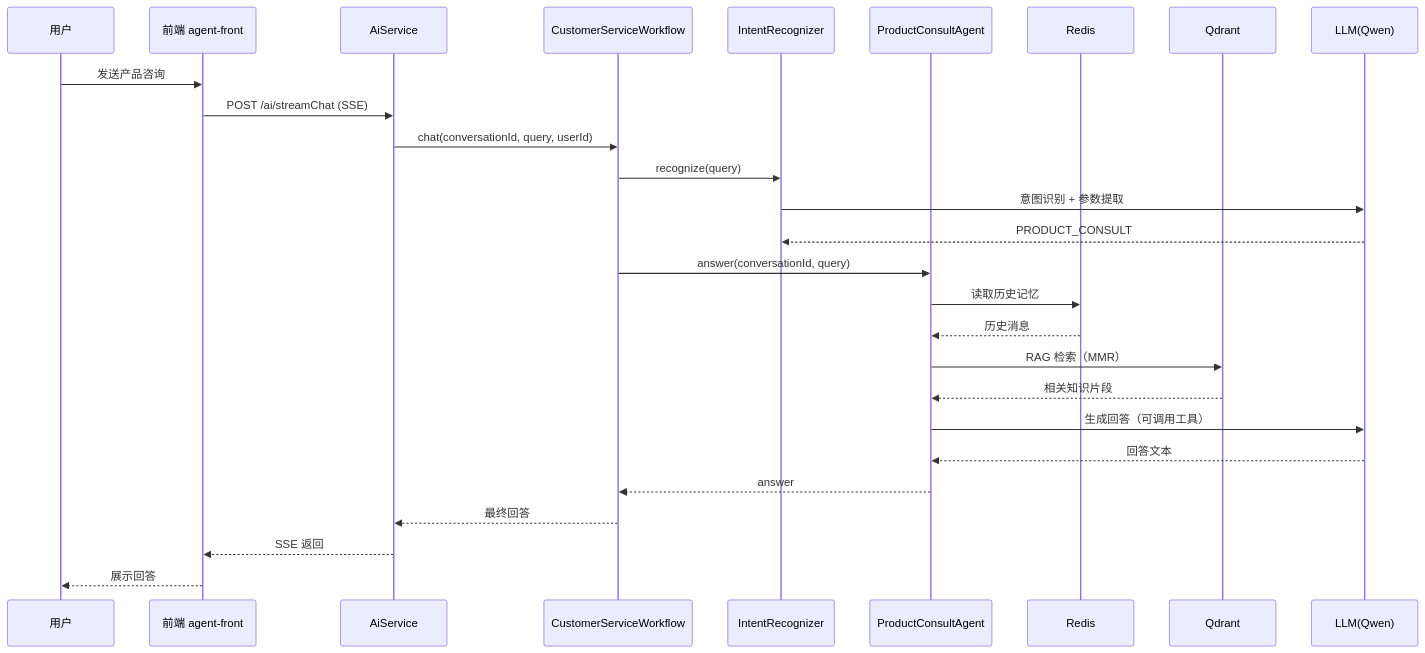
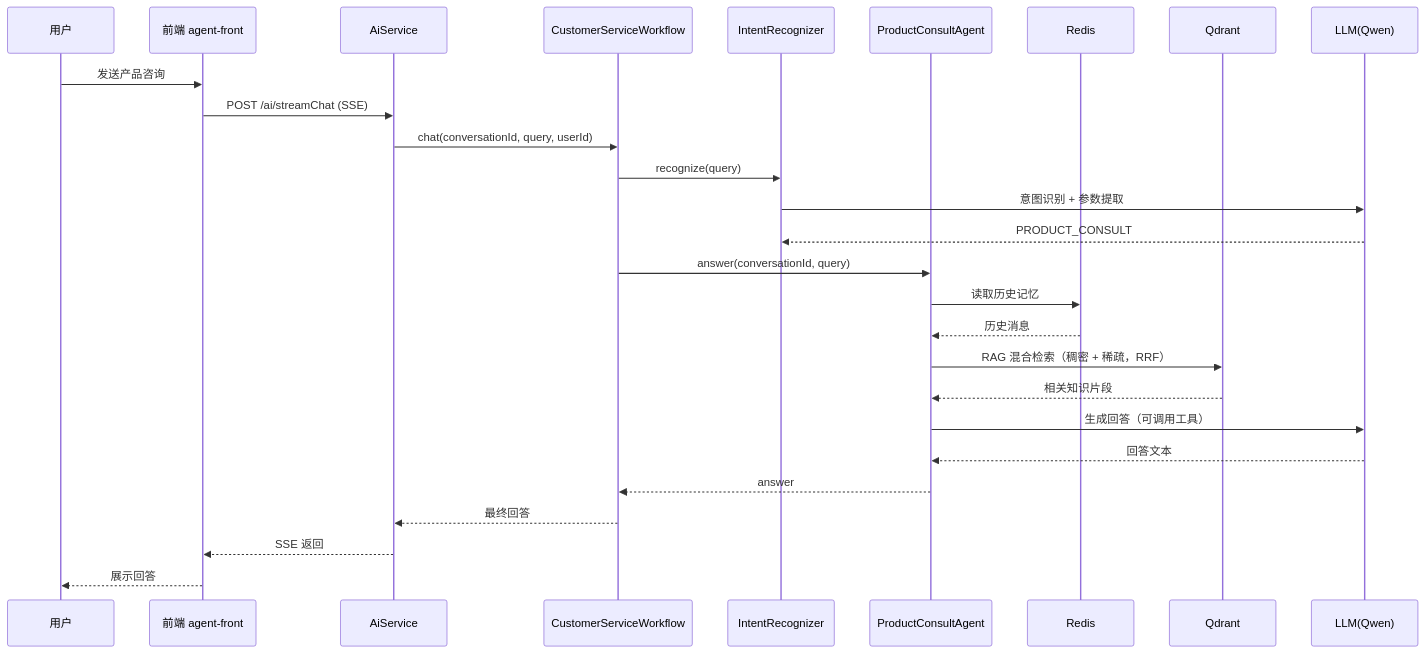
Before and after one commit to zhoulei1/agent-py: the diagram in README.md, drawn with Mermaid. The commit also changed other lines of this file and 9 other files, not shown here.

````diff
--- a/README.md
+++ b/README.md
@@ -44,30 +44,30 @@
 ```mermaid
 sequenceDiagram
     participant U as 用户
     participant F as 前端 agent-front
     participant S as AiService
     participant W as CustomerServiceWorkflow
     participant R as IntentRecognizer
     participant P as ProductConsultAgent
     participant C as Redis
     participant Q as Qdrant
     participant L as LLM(Qwen)
 
     U->>F: 发送产品咨询
     F->>S: POST /ai/streamChat (SSE)
     S->>W: chat(conversationId, query, userId)
     W->>R: recognize(query)
     R->>L: 意图识别 + 参数提取
     L-->>R: PRODUCT_CONSULT
     W->>P: answer(conversationId, query)
     P->>C: 读取历史记忆
     C-->>P: 历史消息
-    P->>Q: RAG 检索（MMR）
+    P->>Q: RAG 混合检索（稠密 + 稀疏，RRF）
     Q-->>P: 相关知识片段
     P->>L: 生成回答（可调用工具）
     L-->>P: 回答文本
     P-->>W: answer
     W-->>S: 最终回答
     S-->>F: SSE 返回
     F-->>U: 展示回答
 ```
````
